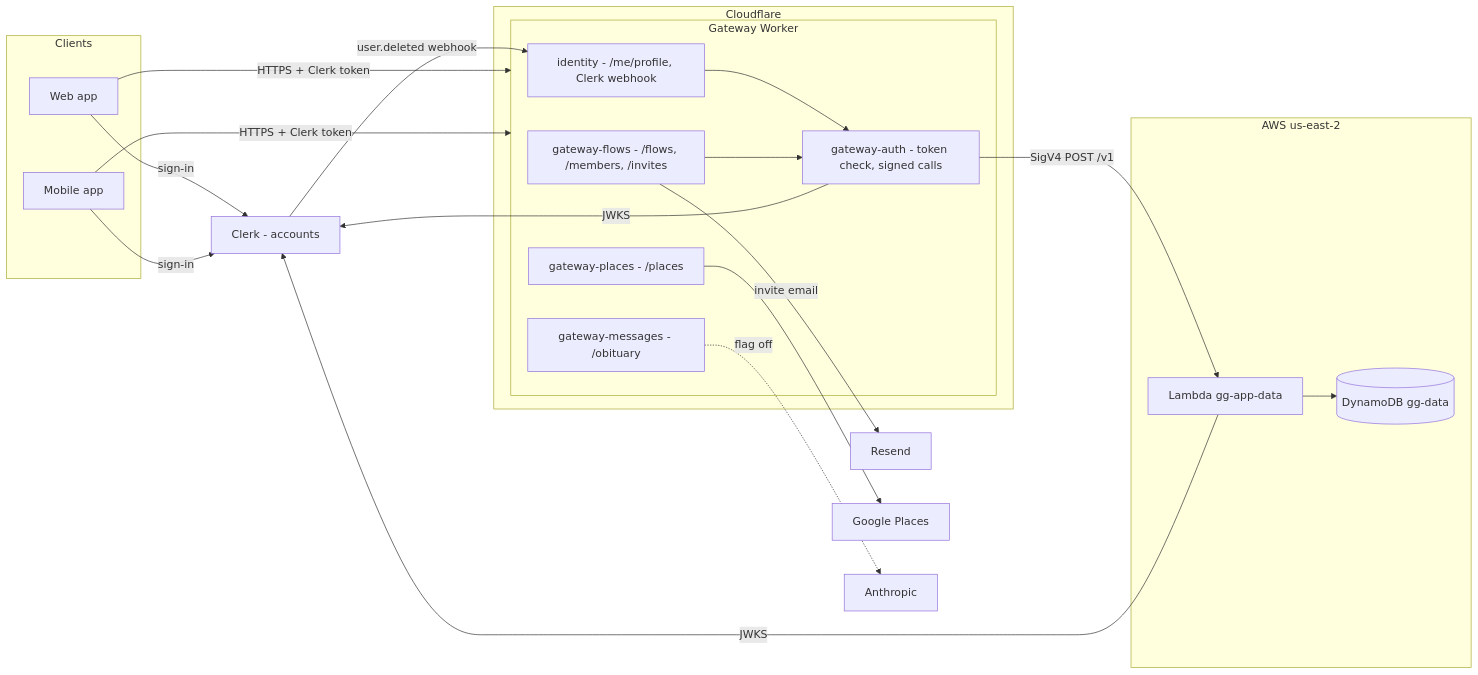
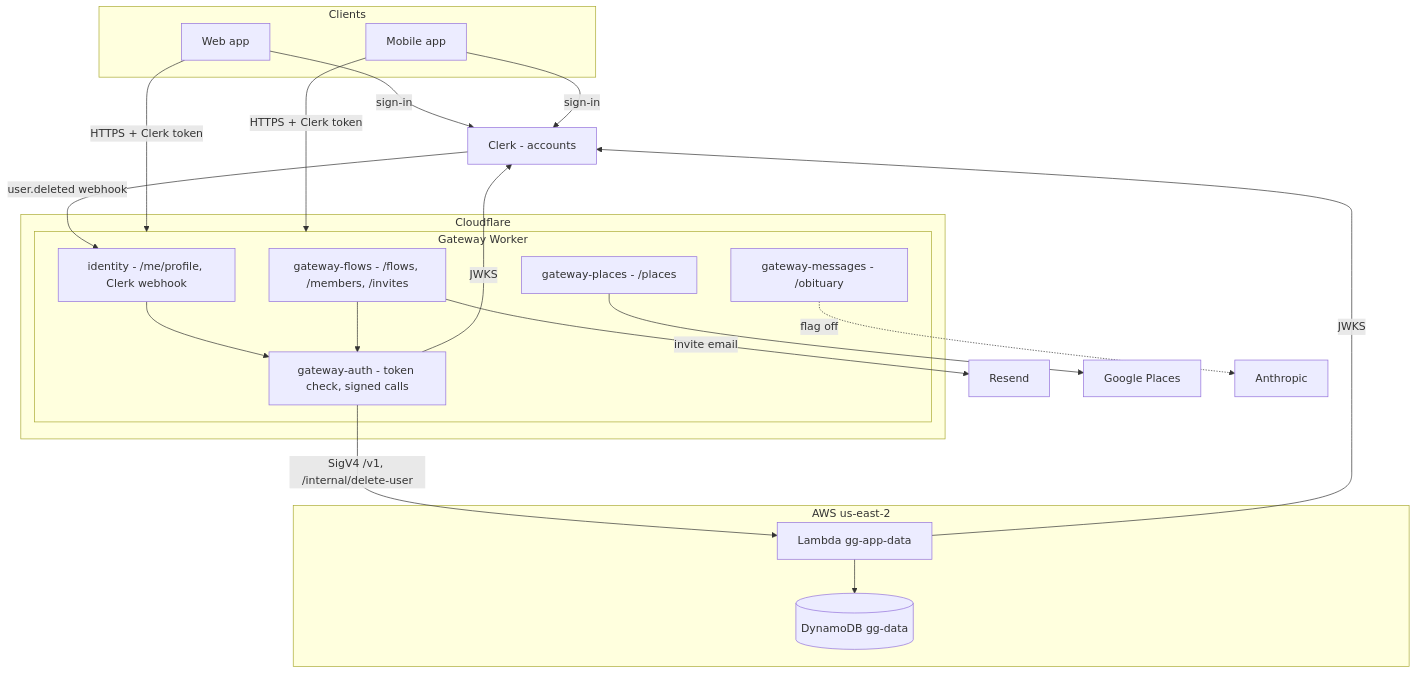
Before and after one commit to grieverguidetech/griever-guidance: the first of 8 diagrams in docs/backend-services.md, drawn with Mermaid. The commit also changed other lines of this file, not shown here.

Commit message:
docs: fix review findings in backend-services diagrams (#911)

````diff
--- a/docs/backend-services.md
+++ b/docs/backend-services.md
@@ -337,43 +342,43 @@
 ```mermaid
-flowchart LR
+flowchart TB
   subgraph Clients["Clients"]
     WEB["Web app"]
     MOB["Mobile app"]
   end
 
   CLERK["Clerk - accounts"]
 
   subgraph CF["Cloudflare"]
     subgraph GW["Gateway Worker"]
       ID["identity - /me/profile, Clerk webhook"]
       FLOWS["gateway-flows - /flows, /members, /invites"]
       PLACES["gateway-places - /places"]
       MSG["gateway-messages - /obituary"]
       AUTH["gateway-auth - token check, signed calls"]
     end
   end
 
   subgraph AWS["AWS us-east-2"]
     DATA["Lambda gg-app-data"]
     DDB[("DynamoDB gg-data")]
   end
 
   RESEND["Resend"]
   GOOGLE["Google Places"]
   ANTH["Anthropic"]
 
   WEB -->|"sign-in"| CLERK
   MOB -->|"sign-in"| CLERK
   WEB -->|"HTTPS + Clerk token"| GW
   MOB -->|"HTTPS + Clerk token"| GW
   CLERK -->|"user.deleted webhook"| ID
   ID --> AUTH
   FLOWS --> AUTH
   AUTH -->|"JWKS"| CLERK
-  AUTH -->|"SigV4 POST /v1"| DATA
+  AUTH -->|"SigV4 /v1, /internal/delete-user"| DATA
   DATA -->|"JWKS"| CLERK
   DATA --> DDB
   FLOWS -->|"invite email"| RESEND
   PLACES --> GOOGLE
   MSG -.->|"flag off"| ANTH
 ```
````
